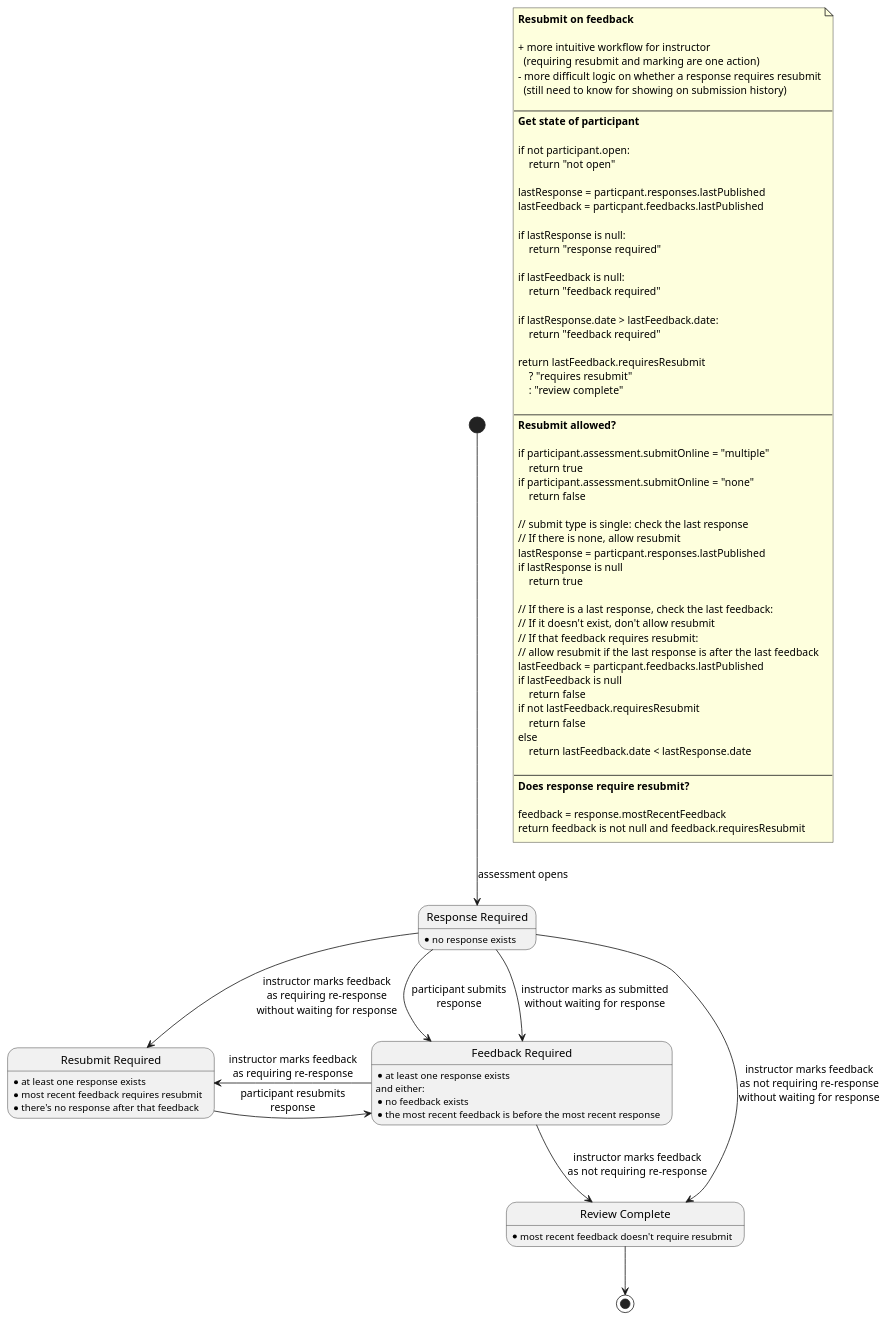
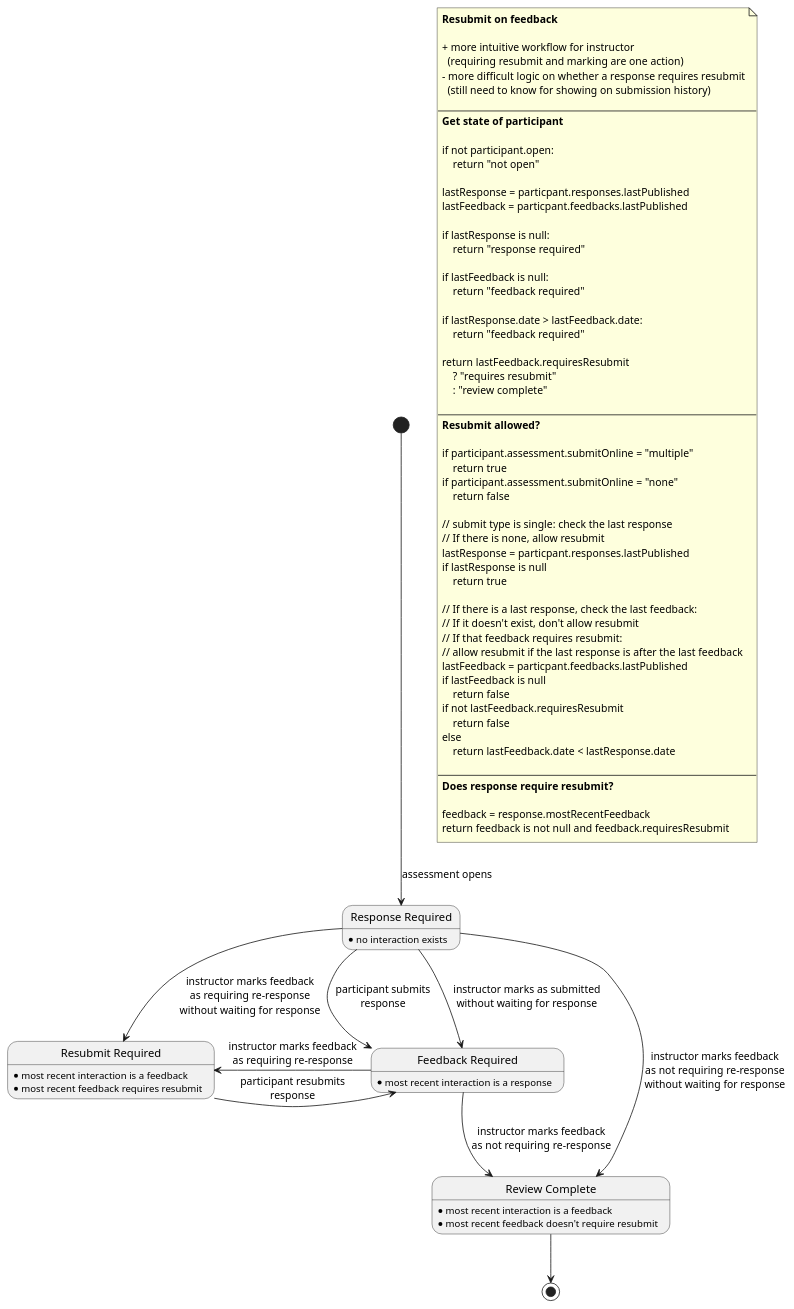
The diagram in library/Schoolbox/Learning/Assessment/DueWork/resubmit-on-feedback.plantuml (juliaattrevisan/schoolbox-api-docs), drawn with PlantUML before and after one commit. The commit also changed 1 other file, not shown here.

Commit message:
Simplify state conditions, using "interaction" terminology [SA-9500]
Interactions are the union of a participation's responses and feedbacks.

```diff
--- a/library/Schoolbox/Learning/Assessment/DueWork/resubmit-on-feedback.plantuml
+++ b/library/Schoolbox/Learning/Assessment/DueWork/resubmit-on-feedback.plantuml
@@ -1,97 +1,94 @@
 @startuml
 
 note as n1
     <b>Resubmit on feedback</b>
 
     + more intuitive workflow for instructor
       (requiring resubmit and marking are one action)
     - more difficult logic on whether a response requires resubmit
       (still need to know for showing on submission history)
 
     ----
     <b>Get state of participant</b>
 
     if not participant.open:
         return "not open"
 
     lastResponse = particpant.responses.lastPublished
     lastFeedback = particpant.feedbacks.lastPublished
 
     if lastResponse is null:
         return "response required"
 
     if lastFeedback is null:
         return "feedback required"
 
     if lastResponse.date > lastFeedback.date:
         return "feedback required"
 
     return lastFeedback.requiresResubmit
         ? "requires resubmit"
         : "review complete"
 
     ----
     <b>Resubmit allowed?</b>
 
     if participant.assessment.submitOnline = "multiple"
         return true
     if participant.assessment.submitOnline = "none"
         return false
 
     // submit type is single: check the last response
     // If there is none, allow resubmit
     lastResponse = particpant.responses.lastPublished
     if lastResponse is null
         return true
 
     // If there is a last response, check the last feedback:
     // If it doesn't exist, don't allow resubmit
     // If that feedback requires resubmit:
     // allow resubmit if the last response is after the last feedback
     lastFeedback = particpant.feedbacks.lastPublished
     if lastFeedback is null
         return false
     if not lastFeedback.requiresResubmit
         return false
     else
         return lastFeedback.date < lastResponse.date
 
     ----
     <b>Does response require resubmit?</b>
 
     feedback = response.mostRecentFeedback
     return feedback is not null and feedback.requiresResubmit
 end note
 
 state "Response Required" as RR
 RR : \
-* no response exists
+* no interaction exists
 
 state "Feedback Required" as FR
 FR : \
-* at least one response exists\n\
-and either:\n\
-* no feedback exists\n\
-* the most recent feedback is before the most recent response
+* most recent interaction is a response
 
 state "Review Complete" as RC
 RC : \
+* most recent interaction is a feedback\n\
 * most recent feedback doesn't require resubmit
 
 state "Resubmit Required" as RS
 RS : \
-* at least one response exists\n\
-* most recent feedback requires resubmit\n\
-* there's no response after that feedback
+* most recent interaction is a feedback\n\
+* most recent feedback requires resubmit
 
 [*] --> RR : assessment opens
 RR --> FR  : participant submits\nresponse
 RR --> FR  : instructor marks as submitted\nwithout waiting for response
 RR --> RC  : instructor marks feedback\nas not requiring re-response\nwithout waiting for response
 RR --> RS  : instructor marks feedback\nas requiring re-response\nwithout waiting for response
 FR --> RC  : instructor marks feedback\nas not requiring re-response
 FR -left-> RS : instructor marks feedback\nas requiring re-response
 RS -right-> FR  : participant resubmits\nresponse
 RC --> [*]
 
 @enduml
```
